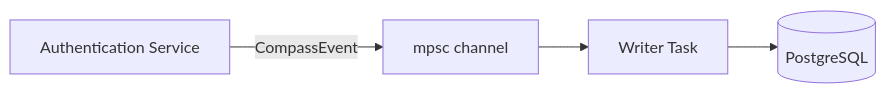
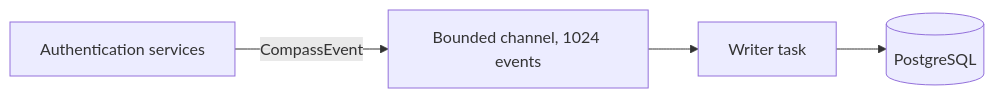
The diagram in apps/docs/src/content/docs/modules/default/en/compass/architecture.mdx (ferriskey/website), drawn with Mermaid before and after one commit. The commit also changed other lines of this file and 152 other files, not shown here.

````diff
--- a/apps/docs/src/content/docs/modules/default/en/compass/architecture.mdx
+++ b/apps/docs/src/content/docs/modules/default/en/compass/architecture.mdx
@@ -29,6 +33,6 @@
 ```mermaid
 graph LR
-    AUTH[Authentication Service] -->|CompassEvent| CH[mpsc channel]
-    CH --> W[Writer Task]
+    AUTH[Authentication services] -->|CompassEvent| CH[Bounded channel, 1024 events]
+    CH --> W[Writer task]
     W --> DB[(PostgreSQL)]
 ```
````
